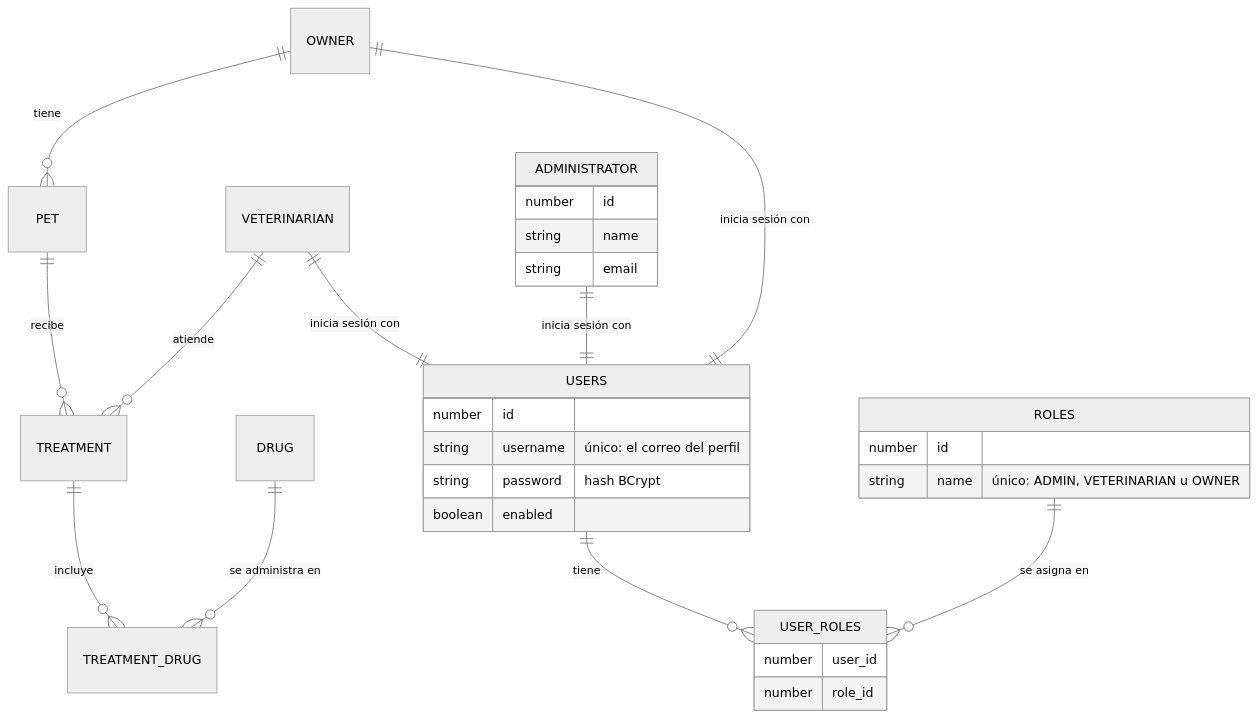
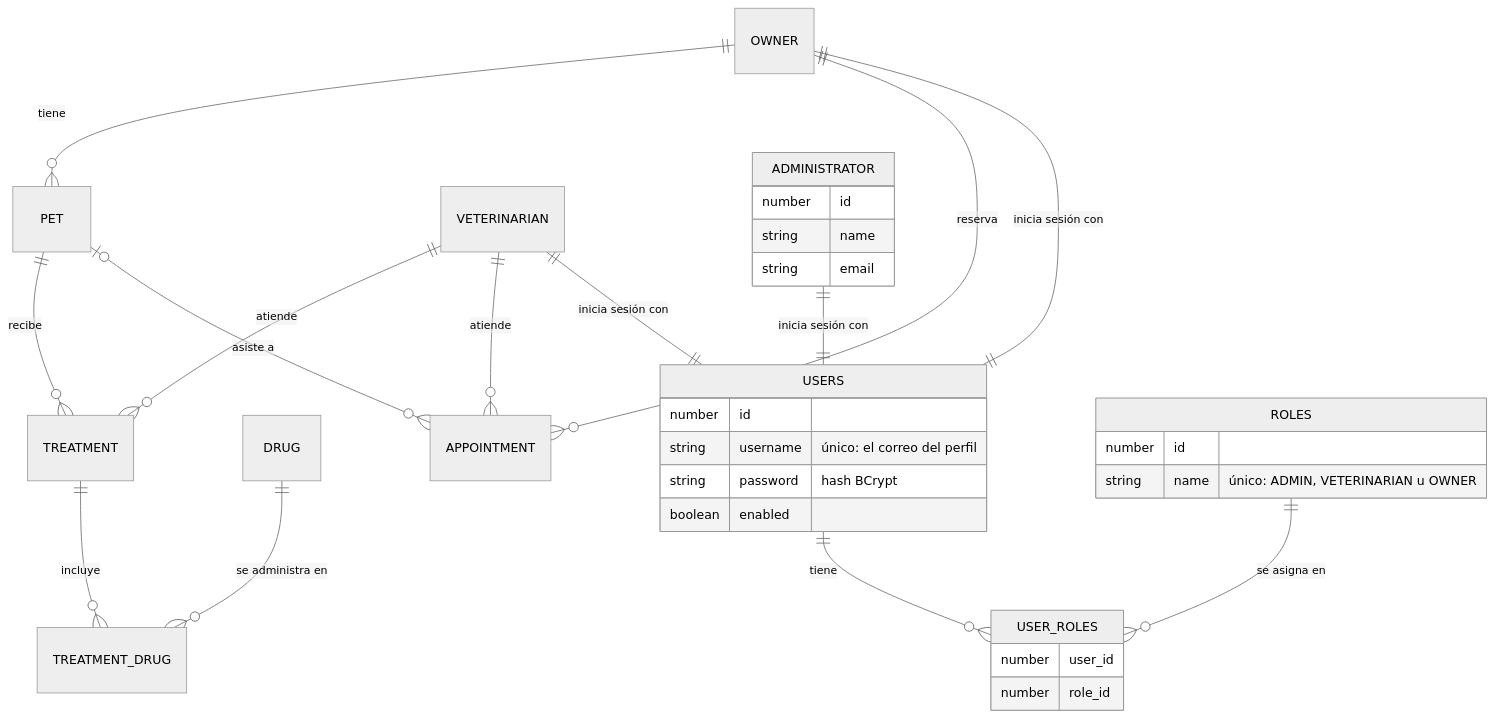
Before and after one commit to JoythDev/pethaven: the diagram in docs/api/API.md, drawn with Mermaid (neutral theme). The commit also changed other lines of this file and 35 other files, not shown here.

````diff
--- a/docs/api/API.md
+++ b/docs/api/API.md
@@ -329,32 +334,35 @@
 ```mermaid
 erDiagram
     OWNER ||--o{ PET : "tiene"
     PET ||--o{ TREATMENT : "recibe"
     VETERINARIAN ||--o{ TREATMENT : "atiende"
     TREATMENT ||--o{ TREATMENT_DRUG : "incluye"
     DRUG ||--o{ TREATMENT_DRUG : "se administra en"
+    OWNER ||--o{ APPOINTMENT : "reserva"
+    PET |o--o{ APPOINTMENT : "asiste a"
+    VETERINARIAN ||--o{ APPOINTMENT : "atiende"
     OWNER ||--|| USERS : "inicia sesión con"
     VETERINARIAN ||--|| USERS : "inicia sesión con"
     ADMINISTRATOR ||--|| USERS : "inicia sesión con"
     USERS ||--o{ USER_ROLES : "tiene"
     ROLES ||--o{ USER_ROLES : "se asigna en"
     ADMINISTRATOR {
         number id
         string name
         string email
     }
     USERS {
         number id
         string username "único: el correo del perfil"
         string password "hash BCrypt"
         boolean enabled
     }
     ROLES {
         number id
         string name "único: ADMIN, VETERINARIAN u OWNER"
     }
     USER_ROLES {
         number user_id
         number role_id
     }
 ```
````
